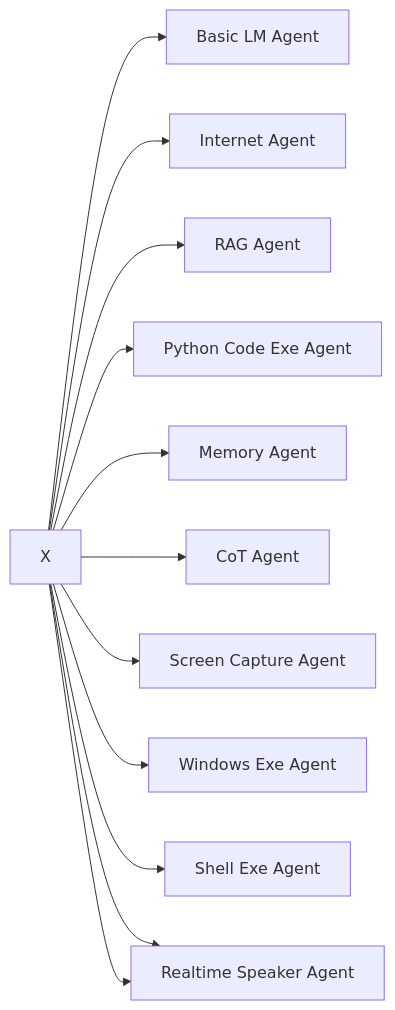
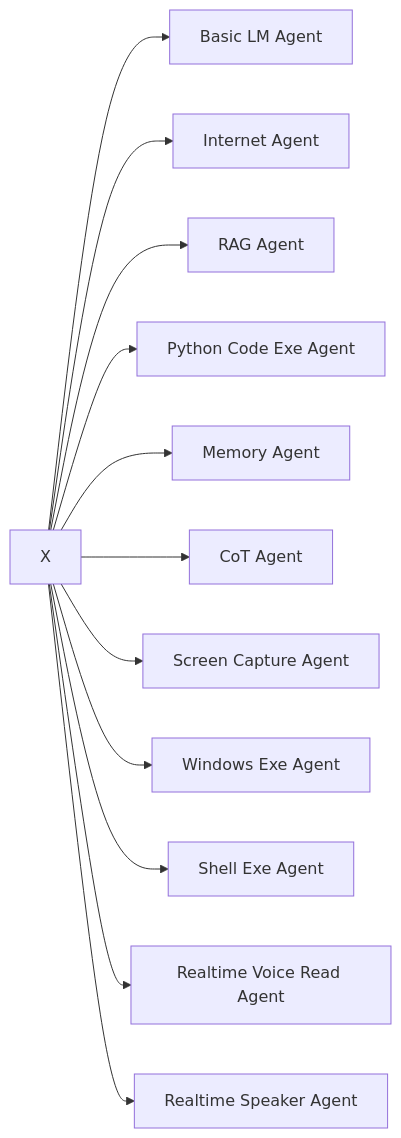
Before and after one commit to CAS-YiTeam/agent-matrix: the fourth of 4 diagrams in README.md, drawn with Mermaid.

````diff
--- a/README.md
+++ b/README.md
@@ -69,15 +69,15 @@
 ```mermaid
 flowchart LR
     Z["X"]
     Z --> A["Basic LM Agent"]
     Z --> B["Internet Agent"]
     Z --> C["RAG Agent"]
     Z --> D["Python Code Exe Agent"]
     Z --> E["Memory Agent"]
     Z --> F["CoT Agent"]
     Z --> G["Screen Capture Agent"]
     Z --> H["Windows Exe Agent"]
     Z --> I["Shell Exe Agent"]
     Z --> J["Realtime Voice Read Agent"]
-    Z --> J["Realtime Speaker Agent"]
+    Z --> J2["Realtime Speaker Agent"]
 ```
````
